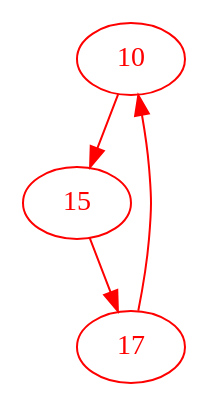
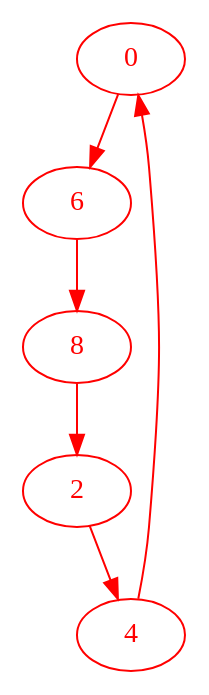
Before and after one commit to AdrienVaret/Benzenoids: the diagram in molecules/benzanthracene/lewis/benzanthracene_2/cycle_3.dot, drawn with Graphviz. The commit also changed 30 other files, not shown here.

```diff
--- a/molecules/benzanthracene/lewis/benzanthracene_2/cycle_3.dot
+++ b/molecules/benzanthracene/lewis/benzanthracene_2/cycle_3.dot
@@ -1,6 +1,8 @@
 digraph g{
-node [color = red, fontcolor=red]; 10 15 17 ;
-10 -> 15 [color=red] ;
-15 -> 17 [color=red] ;
-17 -> 10 [color=red] ;
+node [color = red, fontcolor=red]; 0 2 4 6 8 ;
+0 -> 6 [color=red] ;
+2 -> 4 [color=red] ;
+4 -> 0 [color=red] ;
+6 -> 8 [color=red] ;
+8 -> 2 [color=red] ;
 }
```
